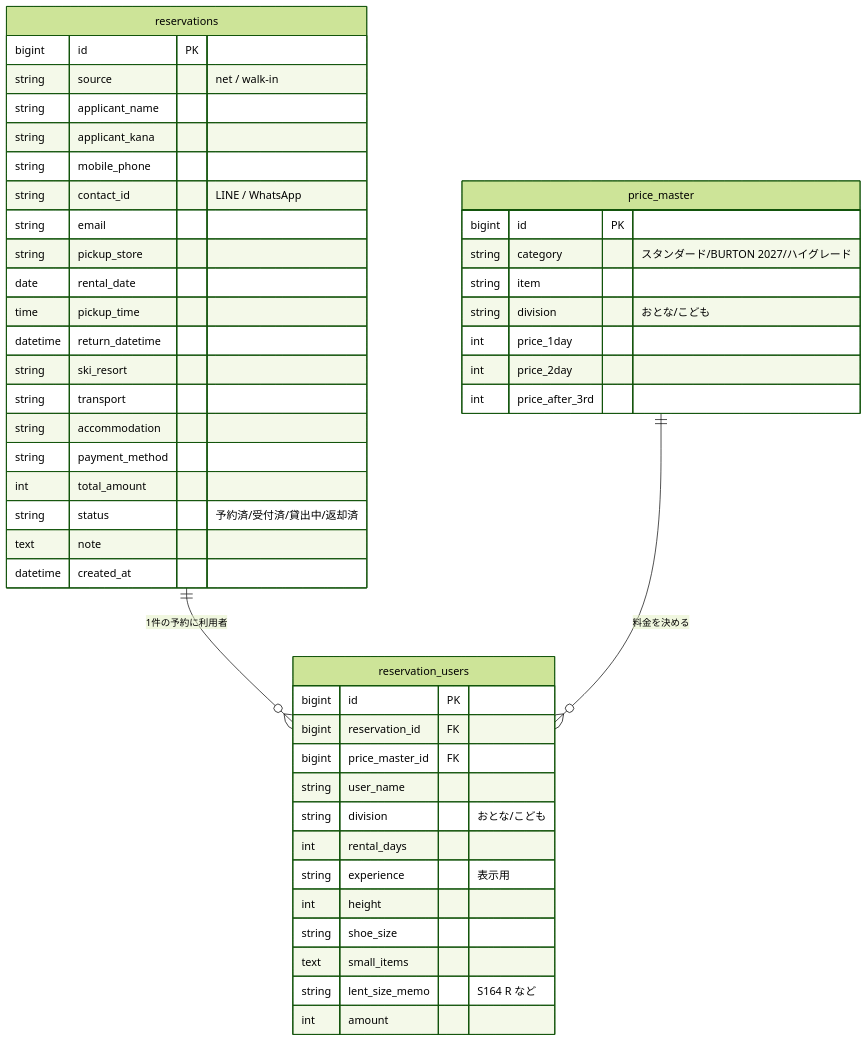
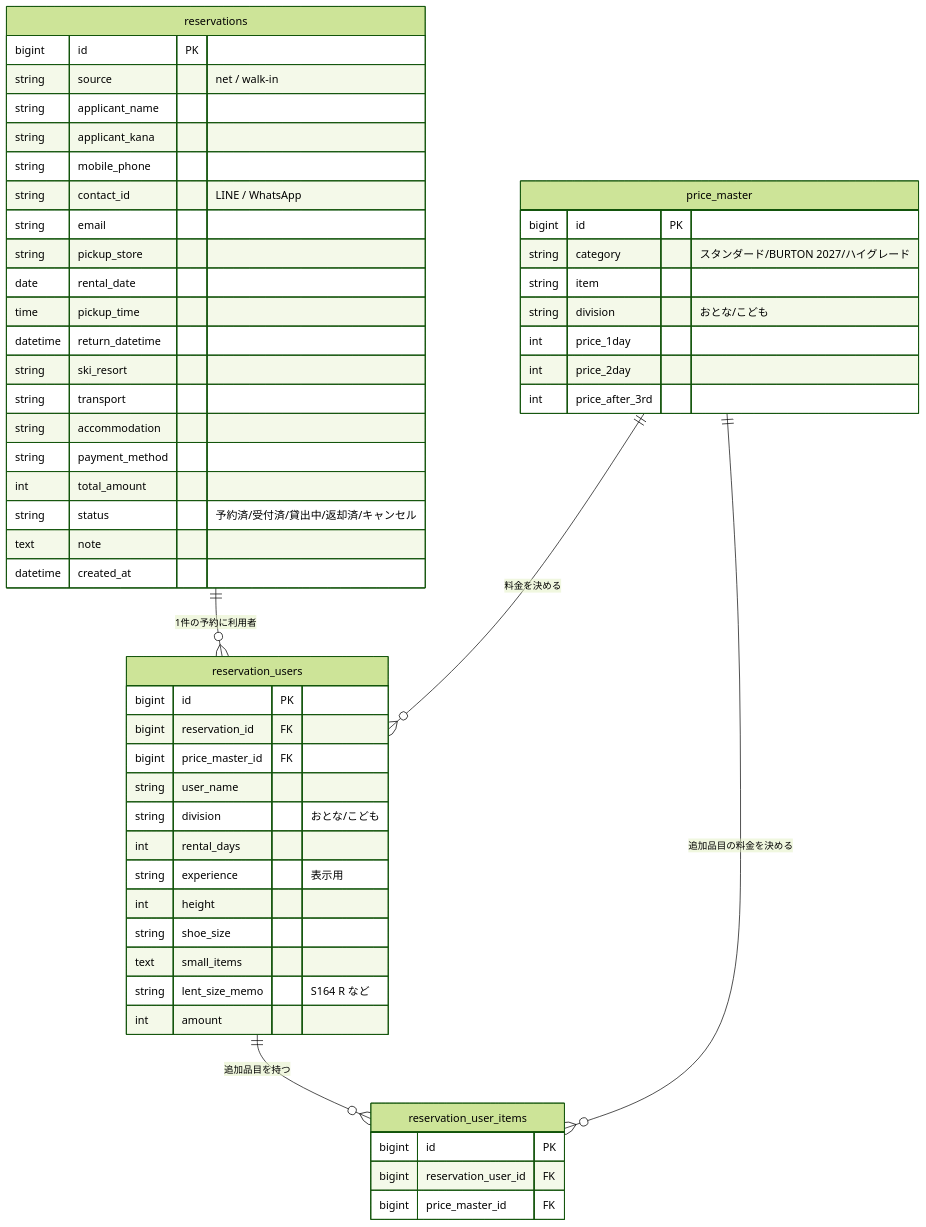
Before and after one commit to nasu-tomomi/rental-desk: the diagram in docs/02-er-diagram.md, drawn with Mermaid (forest theme). The commit also changed other lines of this file and 1 other file, not shown here.

Commit message:
要件定義とER図にキャンセル状態を反映

````diff
--- a/docs/02-er-diagram.md
+++ b/docs/02-er-diagram.md
@@ -64,50 +74,57 @@
 ```mermaid
 erDiagram
     reservations ||--o{ reservation_users : "1件の予約に利用者"
     price_master ||--o{ reservation_users : "料金を決める"
+    reservation_users ||--o{ reservation_user_items : "追加品目を持つ"
+    price_master ||--o{ reservation_user_items : "追加品目の料金を決める"
 
     reservations {
         bigint id PK
         string source "net / walk-in"
         string applicant_name
         string applicant_kana
         string mobile_phone
         string contact_id "LINE / WhatsApp"
         string email
         string pickup_store
         date rental_date
         time pickup_time
         datetime return_datetime
         string ski_resort
         string transport
         string accommodation
         string payment_method
         int total_amount
-        string status "予約済/受付済/貸出中/返却済"
+        string status "予約済/受付済/貸出中/返却済/キャンセル"
         text note
         datetime created_at
     }
     reservation_users {
         bigint id PK
         bigint reservation_id FK
         bigint price_master_id FK
         string user_name
         string division "おとな/こども"
         int rental_days
         string experience "表示用"
         int height
         string shoe_size
         text small_items
         string lent_size_memo "S164 R など"
         int amount
     }
+    reservation_user_items {
+        bigint id PK
+        bigint reservation_user_id FK
+        bigint price_master_id FK
+    }
     price_master {
         bigint id PK
         string category "スタンダード/BURTON 2027/ハイグレード"
         string item
         string division "おとな/こども"
         int price_1day
         int price_2day
         int price_after_3rd
     }
 ```
````
